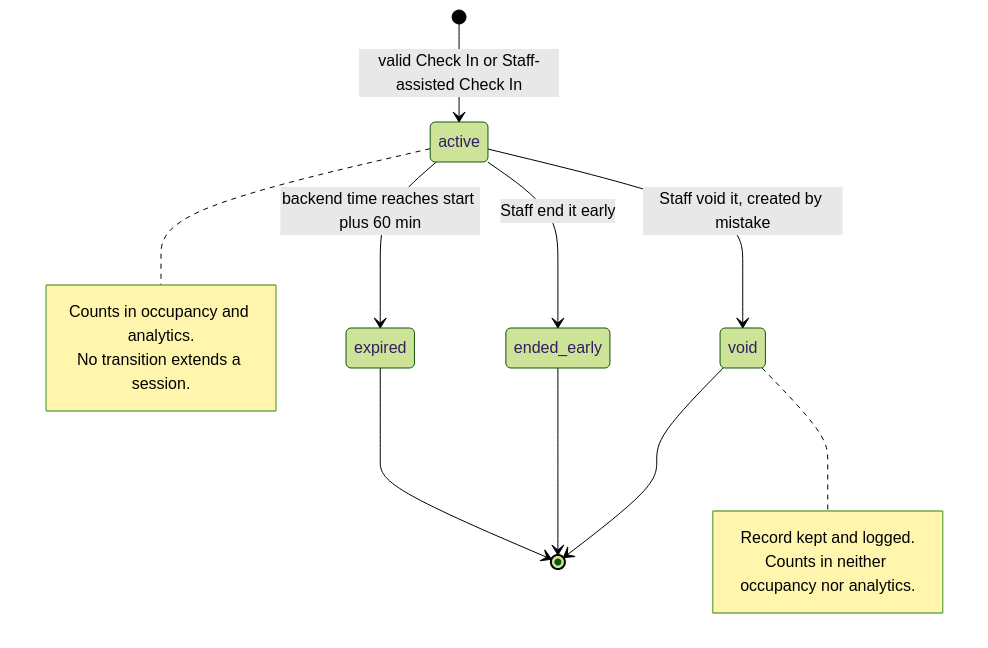
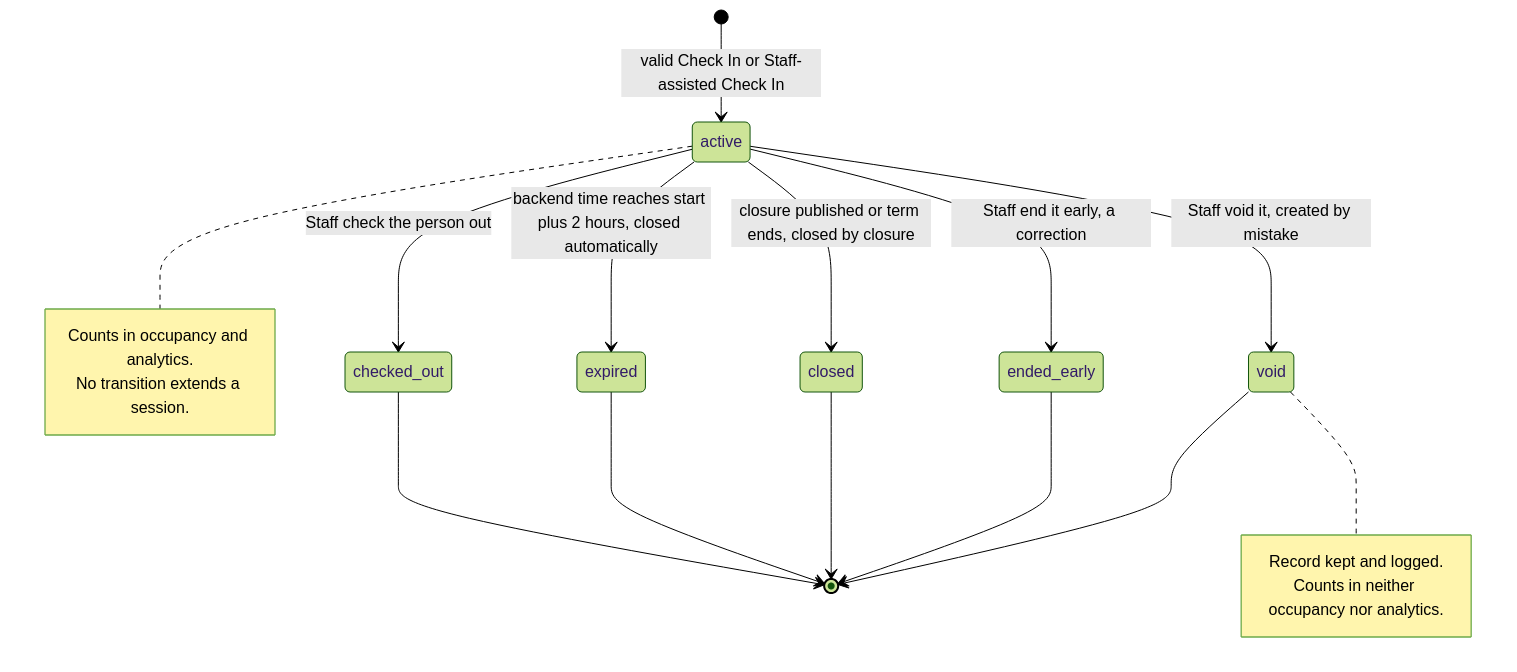
The fourth of 12 diagrams in docs/design/check-in-flows.md (Th3-Minorities/natatorio-gym-app), drawn with Mermaid (forest theme) before and after one commit. The commit also changed other lines of this file and 8 other files, not shown here.

Commit message:
Update the SRS and design docs for personal staff accounts, check-out, one roster, store sync and the other meeting decisions

````diff
--- a/docs/design/check-in-flows.md
+++ b/docs/design/check-in-flows.md
@@ -137,19 +140,23 @@
 ```mermaid
 stateDiagram-v2
   [*] --> active : valid Check In or Staff-assisted Check In
-  active --> expired : backend time reaches start plus 60 min
-  active --> ended_early : Staff end it early
+  active --> checked_out : Staff check the person out
+  active --> expired : backend time reaches start plus 2 hours, closed automatically
+  active --> closed : closure published or term ends, closed by closure
+  active --> ended_early : Staff end it early, a correction
   active --> void : Staff void it, created by mistake
+  checked_out --> [*]
   expired --> [*]
+  closed --> [*]
   ended_early --> [*]
   void --> [*]
 
   note right of active
     Counts in occupancy and analytics.
     No transition extends a session.
   end note
   note right of void
     Record kept and logged.
     Counts in neither occupancy nor analytics.
   end note
 ```
````
